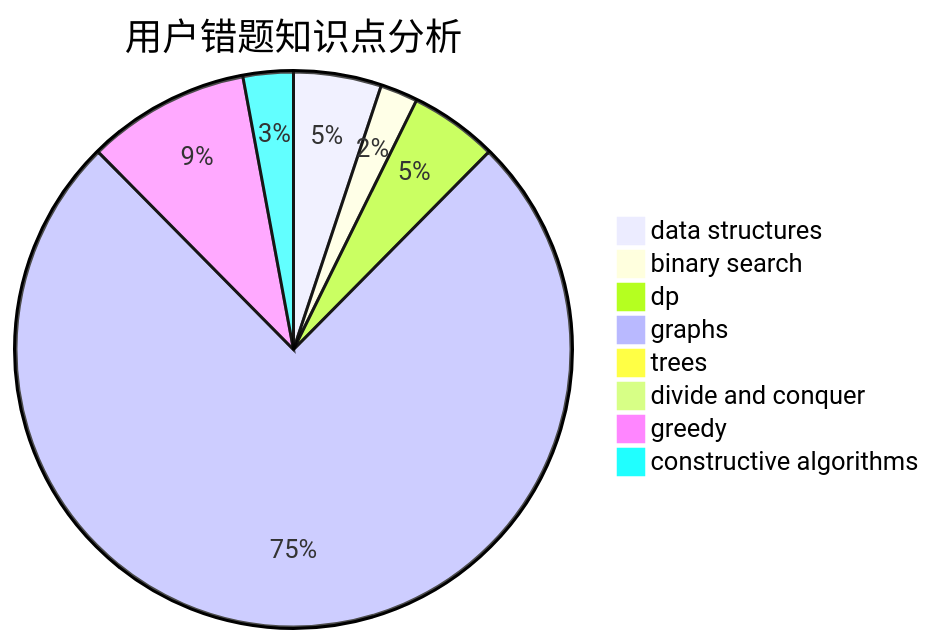
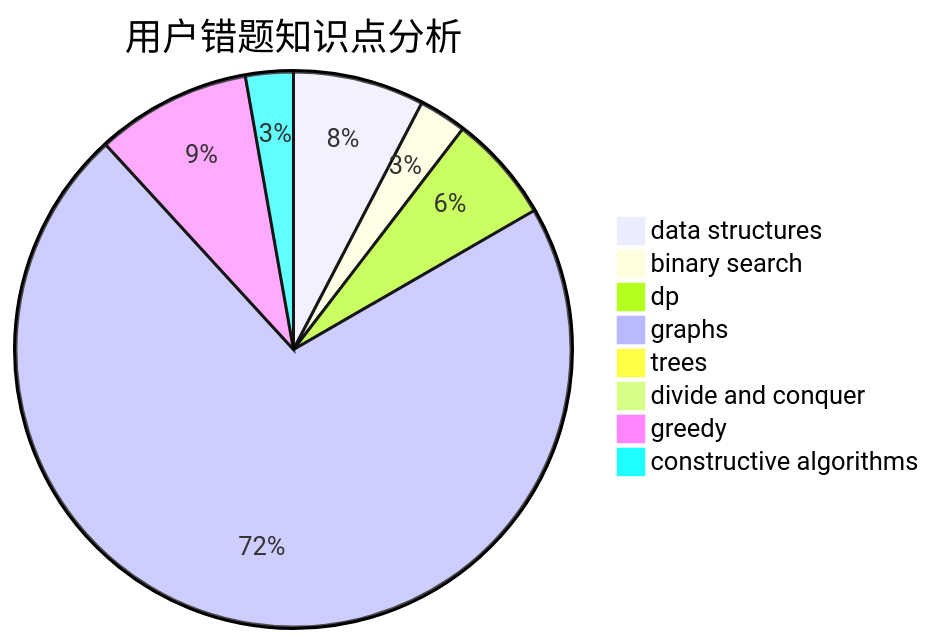
The third of 3 diagrams in docs/user/u2598.md (sherpahu/cfrs.github.io), drawn with Mermaid before and after one commit. The commit also changed other lines of this file and 2770 other files, not shown here.

````diff
--- a/docs/user/u2598.md
+++ b/docs/user/u2598.md
@@ -36,11 +36,11 @@
 ```mermaid
 pie title 用户错题知识点分析
-    "data structures" :  7
-    "binary search" :  3
-    "dp" :  7
+    "data structures" :  11
+    "binary search" :  4
+    "dp" :  9
     "graphs" :  103
     "trees" :  0
     "divide and conquer" :  0
     "greedy" :  13
     "constructive algorithms" :  4
 ```
````
